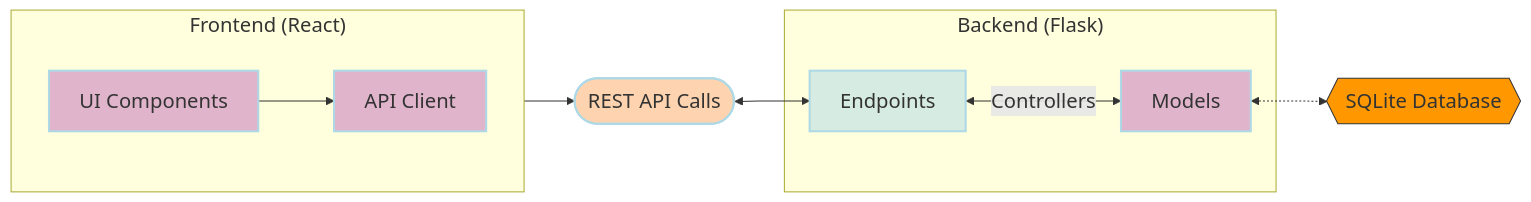
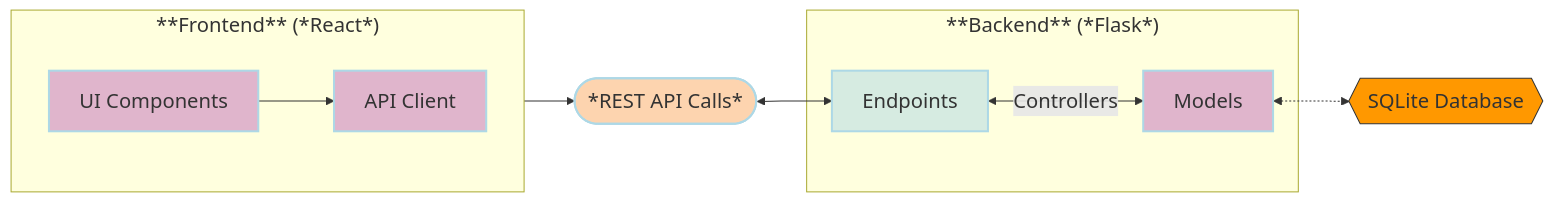
One commit to VCharrua/free-genai-bootcamp-2025 changed the diagram in lang-portal/frontend-react/README.md. Above: the diagram before and after it, drawn with Mermaid. The commit also changed 9 other files, not shown here.

Commit message:
#31 Refactor flowchart in README.md to enhance clarity and structure of the Vocabulary Importer components

````diff
--- a/lang-portal/frontend-react/README.md
+++ b/lang-portal/frontend-react/README.md
@@ -161,46 +161,46 @@
 ```mermaid
 ---
 config:
   flowchart:
     nodeSpacing: 100
     curve: linear
   themeVariables:
     fontSize: 20px
 ---
 flowchart LR
     %% Colors %%
     classDef blue fill:#ADD8E6,stroke:#ADD8E6,stroke-width:2px,fill-opacity:0.5
     classDef orange fill:#FBAA60,stroke:#ADD8E6,stroke-width:2px,fill-opacity:0.5
     classDef orchid fill:#C26DBC,stroke:#ADD8E6,stroke-width:2px,fill-opacity:0.5
     classDef invisible fill:transparent,stroke:transparent;
 
     %% Subgraphs %%
-    subgraph "Frontend (React)"
+    subgraph "**Frontend** (*React*)"
         direction LR
         UI[UI Components]:::orchid
         APIClient[API Client]:::orchid
     end
     
-    REST([REST API Calls]):::orange
+    REST([*REST API Calls*]):::orange
     REST <--> Endpoints
     
-    subgraph "Backend (Flask)"
+    subgraph "**Backend** (*Flask*)"
         Endpoints:::blue
         Models:::orchid
     end
 
     Database{{SQLite Database <br>}}
 
     %% Frontend Flow %%
     direction LR
     UI --> APIClient
     APIClient --> REST
 
     %% Backend service flow
     direction LR
     Endpoints <--> |Controllers|Models
     Models <-.-> Database
 
     classDef databaseClass fill:#ff9800,stroke:#333,stroke-width:1px; 
     class Database databaseClass;
 ```
````
